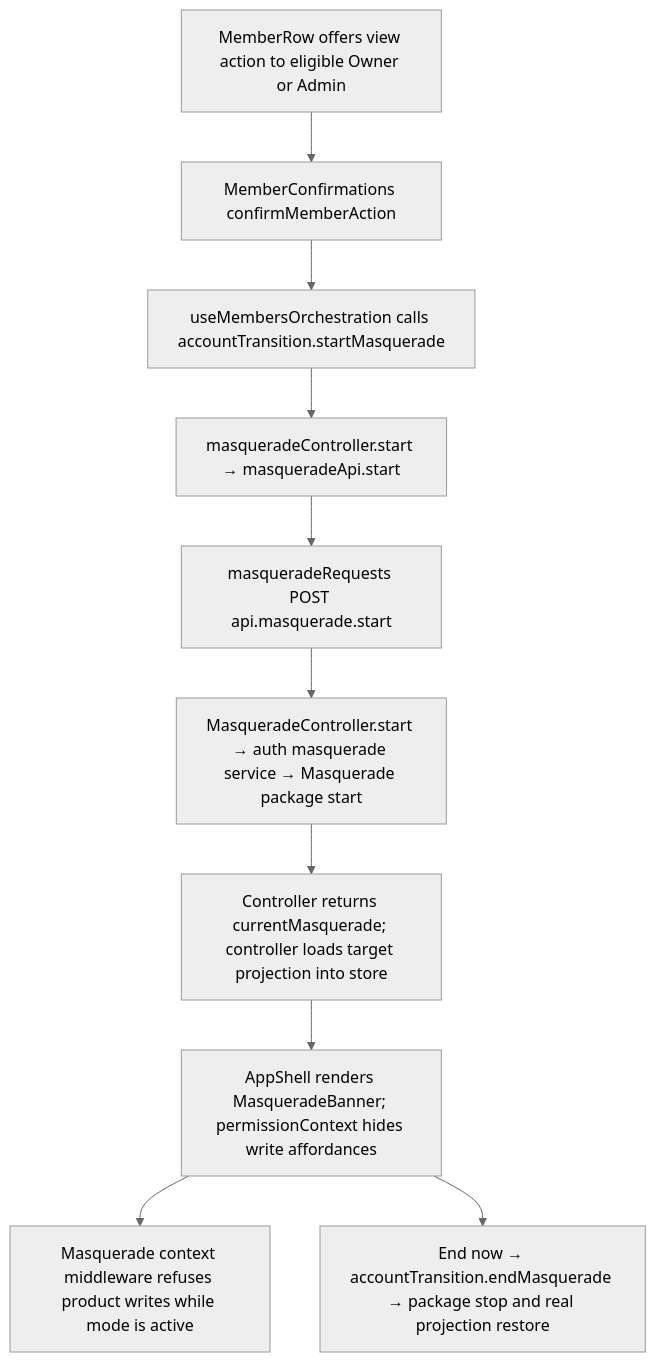
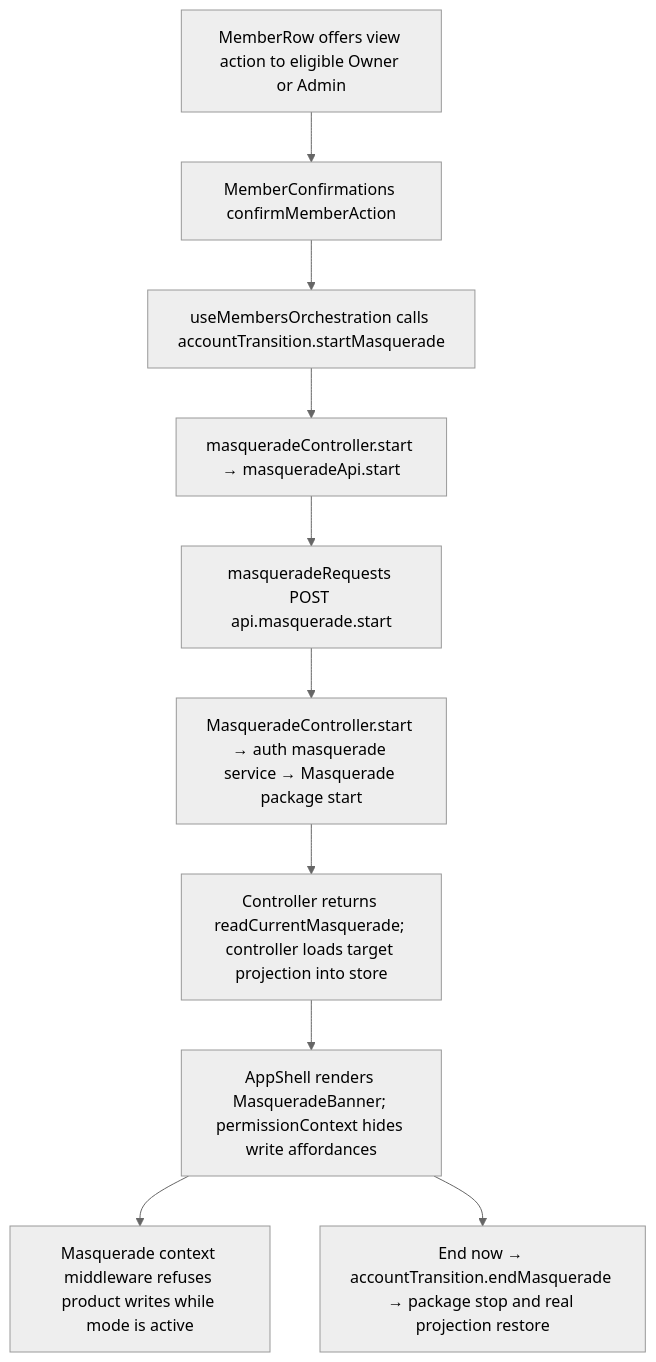
The second of 2 diagrams in user-stories/team/US-TEAM-08-view-as-member.md (Kevinjohn/capacitylens), drawn with Mermaid (neutral theme) before and after one commit. The commit also changed 52 other files, not shown here.

````diff
--- a/user-stories/team/US-TEAM-08-view-as-member.md
+++ b/user-stories/team/US-TEAM-08-view-as-member.md
@@ -32,12 +32,12 @@
 ```mermaid
 flowchart TD
     Row["MemberRow offers view action to eligible Owner or Admin"] --> Confirm["MemberConfirmations confirmMemberAction"]
     Confirm --> Start["useMembersOrchestration calls accountTransition.startMasquerade"]
     Start --> Controller["masqueradeController.start → masqueradeApi.start"]
     Controller --> Request["masqueradeRequests POST api.masquerade.start"]
     Request --> Server["MasqueradeController.start → auth masquerade service → Masquerade package start"]
-    Server --> Projection["Controller returns currentMasquerade; controller loads target projection into store"]
+    Server --> Projection["Controller returns readCurrentMasquerade; controller loads target projection into store"]
     Projection --> Banner["AppShell renders MasqueradeBanner; permissionContext hides write affordances"]
     Banner --> ReadOnly["Masquerade context middleware refuses product writes while mode is active"]
     Banner --> End["End now → accountTransition.endMasquerade → package stop and real projection restore"]
 ```
````
